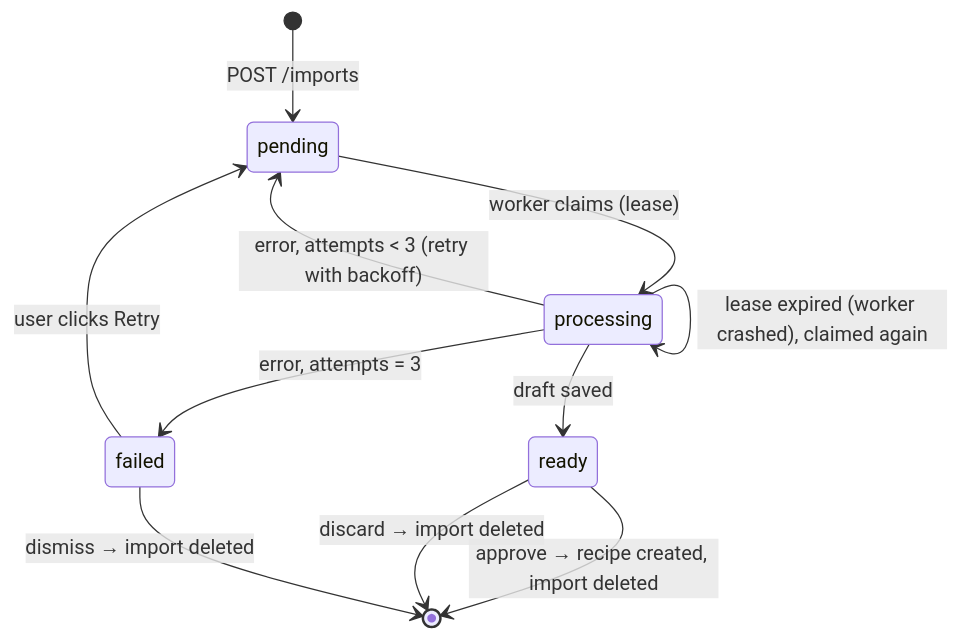
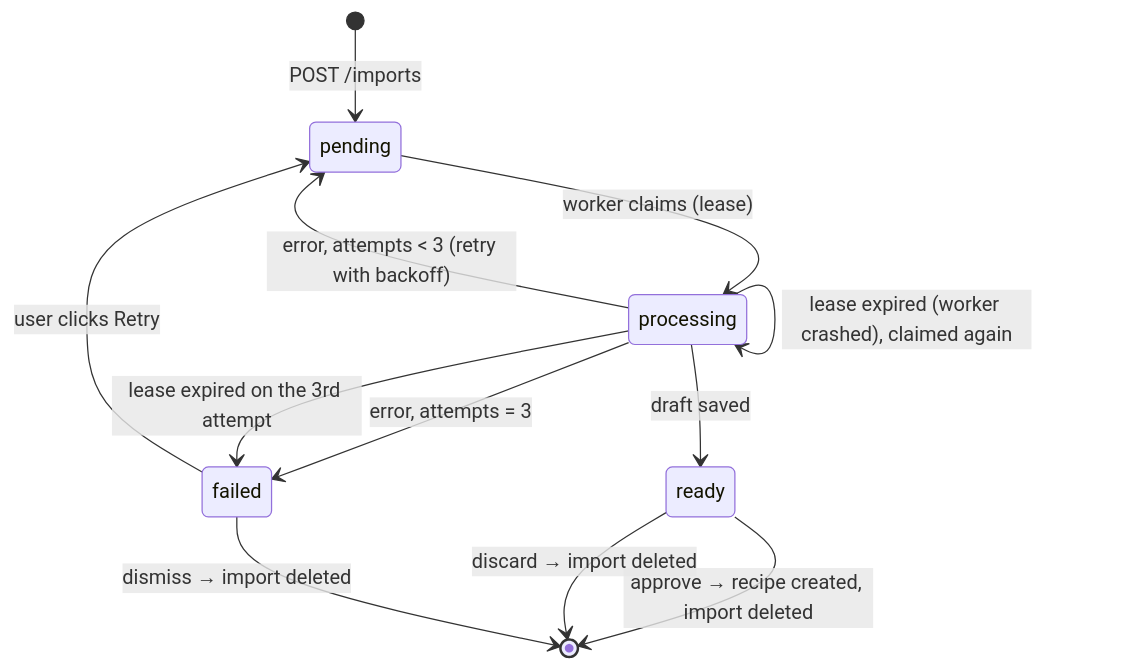
One commit to jovstern/pinch changed the second of 2 diagrams in docs/system-design.md. Above: the diagram before and after it, drawn with Mermaid. The commit also changed 3 other files, not shown here.

Commit message:
M4: failures review fixes — one rule for the last try, only the extraction caught, every write fenced and logged the same way, the 3rd-attempt crash in the diagram

````diff
--- a/docs/system-design.md
+++ b/docs/system-design.md
@@ -115,13 +115,14 @@
 ```mermaid
 stateDiagram-v2
   [*] --> pending: POST /imports
   pending --> processing: worker claims (lease)
   processing --> ready: draft saved
   processing --> pending: error, attempts < 3 (retry with backoff)
   processing --> failed: error, attempts = 3
   processing --> processing: lease expired (worker crashed), claimed again
+  processing --> failed: lease expired on the 3rd attempt
   failed --> pending: user clicks Retry
   ready --> [*]: approve → recipe created, import deleted
   ready --> [*]: discard → import deleted
   failed --> [*]: dismiss → import deleted
 ```
````
